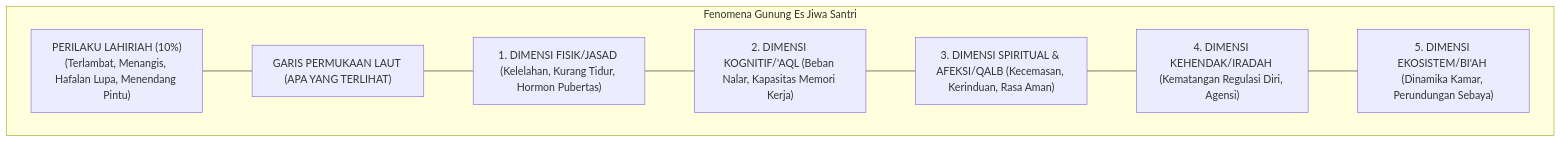
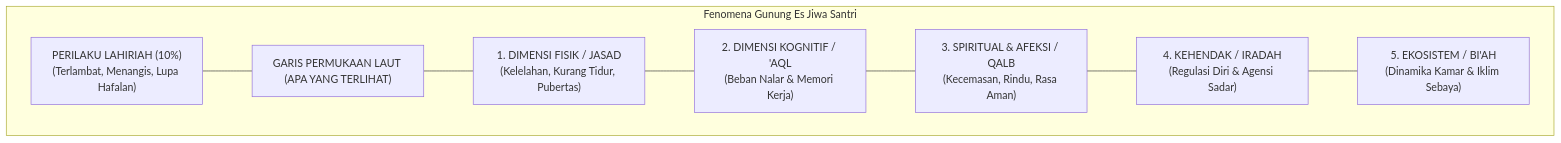
One commit to wandiapriliyandi/tumbuh changed the first of 6 diagrams in BOOK Series 1/01-The-Fundamental-of-TUMBUH/Bab-04-Antropologi-Jiwa-Santri-Hakikat-Fitrah-dan-Komponen-Kejiwaan.md. Above: the diagram before and after it, drawn with Mermaid. The commit also changed other lines of this file and 37 other files, not shown here.

Commit message:
fix(book-01): optimasi pemenggalan teks dan overflow seluruh diagram serta render ulang 20 PDF

````diff
--- a/BOOK Series 1/01-The-Fundamental-of-TUMBUH/Bab-04-Antropologi-Jiwa-Santri-Hakikat-Fitrah-dan-Komponen-Kejiwaan.md
+++ b/BOOK Series 1/01-The-Fundamental-of-TUMBUH/Bab-04-Antropologi-Jiwa-Santri-Hakikat-Fitrah-dan-Komponen-Kejiwaan.md
@@ -28,12 +28,12 @@
 ```mermaid
 graph TD
     subgraph GUNUNG_ES_MANUSIA["Fenomena Gunung Es Jiwa Santri"]
-        Z["PERILAKU LAHIRIAH (10%)<br/>(Terlambat, Menangis, Hafalan Lupa, Menendang Pintu)"]
+        Z["PERILAKU LAHIRIAH (10%)<br/>(Terlambat, Menangis, Lupa Hafalan)"]
         --- PERMUKAAN["GARIS PERMUKAAN LAUT (APA YANG TERLIHAT)"]
-        PERMUKAAN --- J["1. DIMENSI FISIK/JASAD (Kelelahan, Kurang Tidur, Hormon Pubertas)"]
-        J --- A["2. DIMENSI KOGNITIF/'AQL (Beban Nalar, Kapasitas Memori Kerja)"]
-        A --- Q["3. DIMENSI SPIRITUAL & AFEKSI/QALB (Kecemasan, Kerinduan, Rasa Aman)"]
-        Q --- I["4. DIMENSI KEHENDAK/IRADAH (Kematangan Regulasi Diri, Agensi)"]
-        I --- B["5. DIMENSI EKOSISTEM/BI'AH (Dinamika Kamar, Perundungan Sebaya)"]
+        PERMUKAAN --- J["1. DIMENSI FISIK / JASAD<br/>(Kelelahan, Kurang Tidur, Pubertas)"]
+        J --- A["2. DIMENSI KOGNITIF / 'AQL<br/>(Beban Nalar & Memori Kerja)"]
+        A --- Q["3. SPIRITUAL & AFEKSI / QALB<br/>(Kecemasan, Rindu, Rasa Aman)"]
+        Q --- I["4. KEHENDAK / IRADAH<br/>(Regulasi Diri & Agensi Sadar)"]
+        I --- B["5. EKOSISTEM / BI'AH<br/>(Dinamika Kamar & Iklim Sebaya)"]
     end
 ```
````
